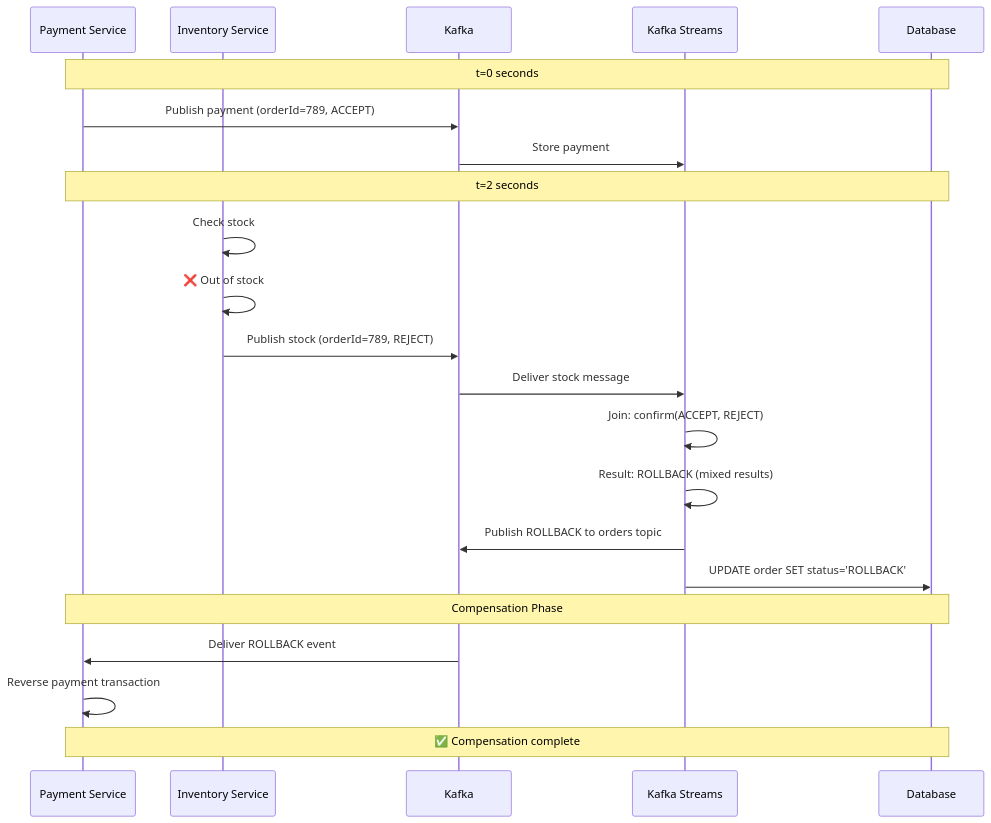
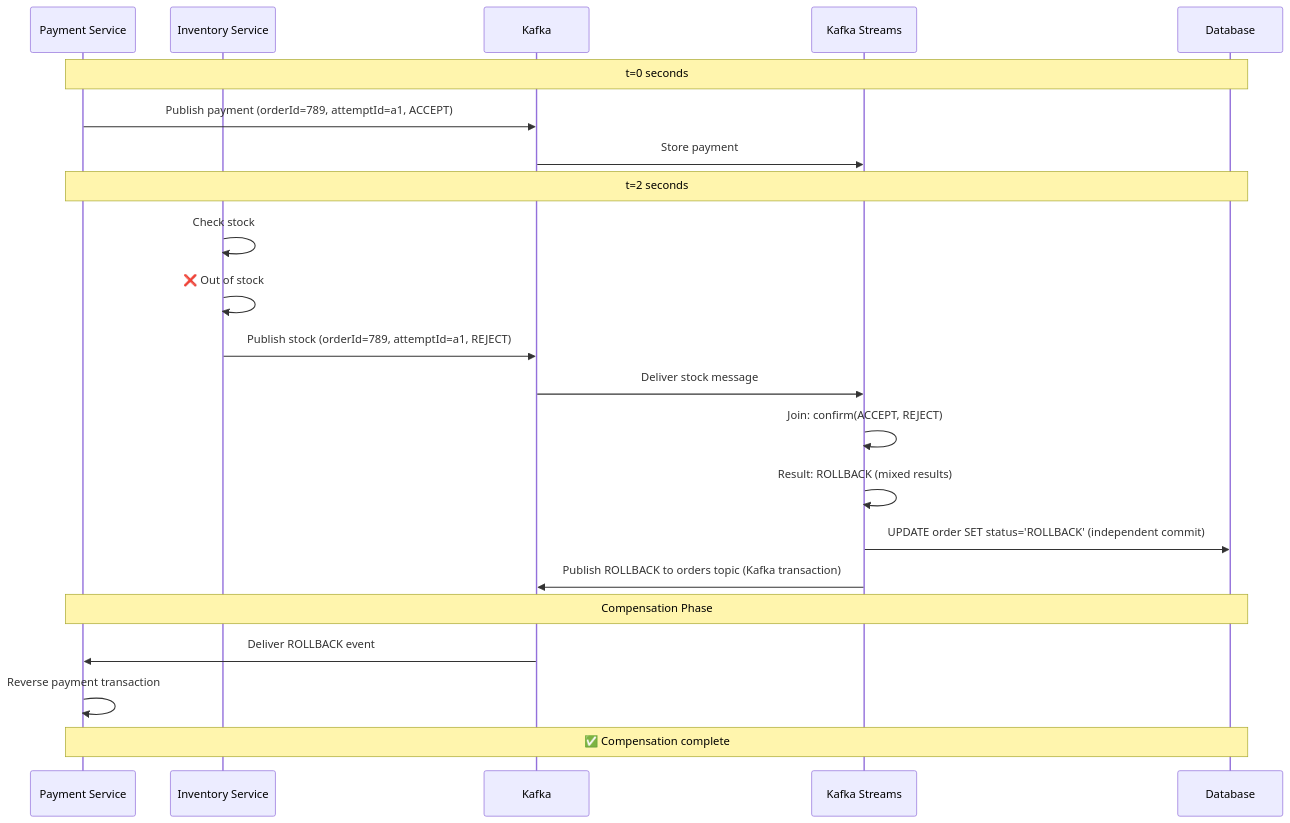
One commit to rajadilipkolli/spring-boot-microservices-series-v2 changed the tenth of 10 diagrams in order-service/docs/06-Saga-Confusion-Points-Clarified.md. Above: the diagram before and after it, drawn with Mermaid. The commit also changed other lines of this file and 51 other files, not shown here.

````diff
--- a/order-service/docs/06-Saga-Confusion-Points-Clarified.md
+++ b/order-service/docs/06-Saga-Confusion-Points-Clarified.md
@@ -461,28 +430,28 @@
 ```mermaid
 sequenceDiagram
     participant PS as Payment Service
     participant IS as Inventory Service
     participant K as Kafka
     participant KS as Kafka Streams
     participant DB as Database
     
     Note over PS,DB: t=0 seconds
-    PS->>K: Publish payment (orderId=789, ACCEPT)
+    PS->>K: Publish payment (orderId=789, attemptId=a1, ACCEPT)
     K->>KS: Store payment
     
     Note over PS,DB: t=2 seconds
     IS->>IS: Check stock
     IS->>IS: ❌ Out of stock
-    IS->>K: Publish stock (orderId=789, REJECT)
+    IS->>K: Publish stock (orderId=789, attemptId=a1, REJECT)
     K->>KS: Deliver stock message
     
     KS->>KS: Join: confirm(ACCEPT, REJECT)
     KS->>KS: Result: ROLLBACK (mixed results)
-    KS->>K: Publish ROLLBACK to orders topic
-    KS->>DB: UPDATE order SET status='ROLLBACK'
+    KS->>DB: UPDATE order SET status='ROLLBACK' (independent commit)
+    KS->>K: Publish ROLLBACK to orders topic (Kafka transaction)
     
     Note over PS,DB: Compensation Phase
     K->>PS: Deliver ROLLBACK event
     PS->>PS: Reverse payment transaction
     Note over PS,DB: ✅ Compensation complete
 ```
````
